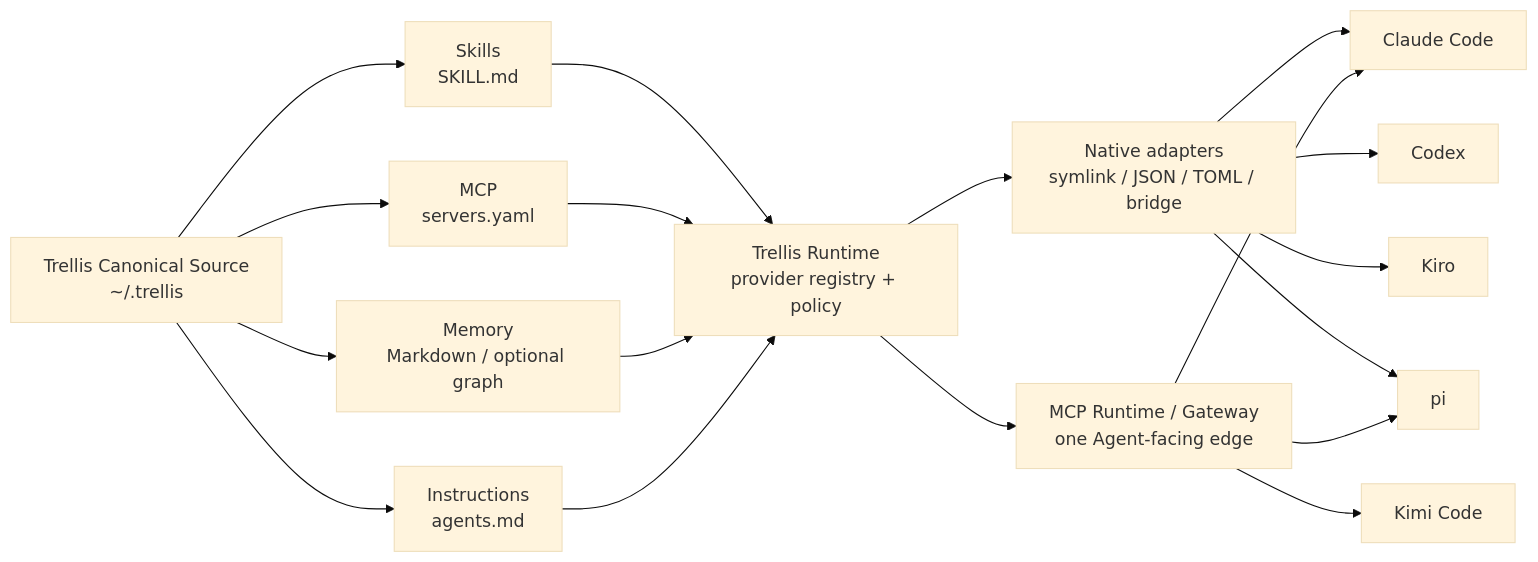
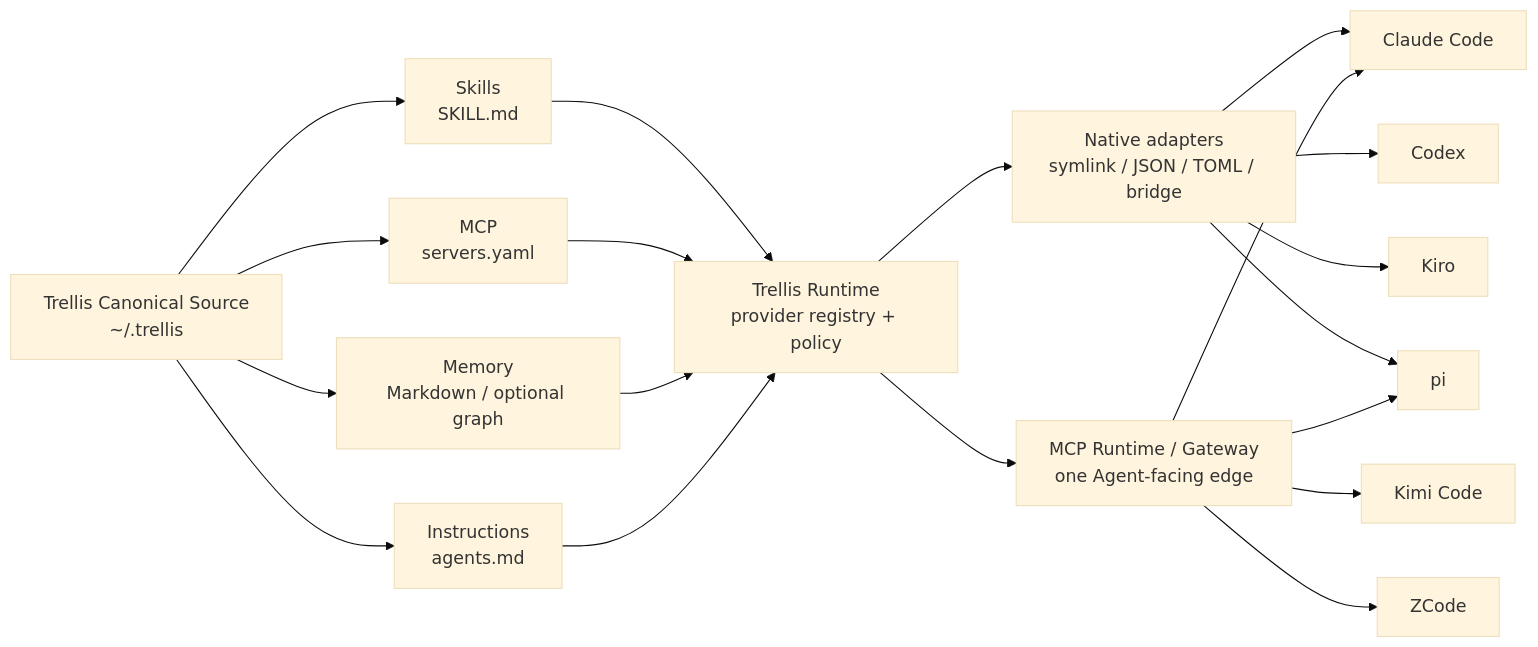
Before and after one commit to paul-leo/Trellis: the diagram in docs/overview.md, drawn with Mermaid (base theme). The commit also changed other lines of this file and 57 other files, not shown here.

````diff
--- a/docs/overview.md
+++ b/docs/overview.md
@@ -61,24 +61,25 @@
 ```mermaid
 flowchart LR
     Sources["Trellis Canonical Source\n~/.trellis"]
     Sources --> Skills["Skills\nSKILL.md"]
     Sources --> MCP["MCP\nservers.yaml"]
     Sources --> Memory["Memory\nMarkdown / optional graph"]
     Sources --> Instructions["Instructions\nagents.md"]
 
     Skills --> Runtime["Trellis Runtime\nprovider registry + policy"]
     MCP --> Runtime
     Memory --> Runtime
     Instructions --> Runtime
 
     Runtime --> Native["Native adapters\nsymlink / JSON / TOML / bridge"]
     Runtime --> Edge["MCP Runtime / Gateway\none Agent-facing edge"]
 
     Native --> Claude["Claude Code"]
     Native --> Codex["Codex"]
     Native --> Kiro["Kiro"]
     Native --> Pi["pi"]
     Edge --> Kimi["Kimi Code"]
+    Edge --> ZCode["ZCode"]
     Edge --> Claude
     Edge --> Pi
 ```
````
